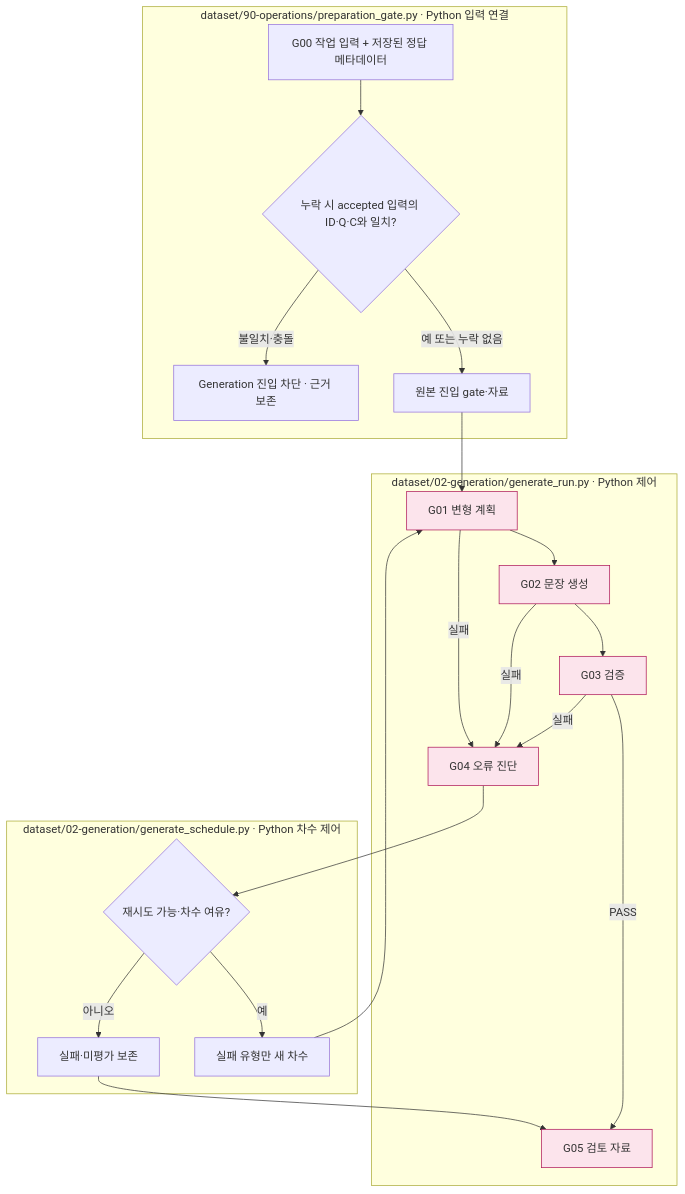
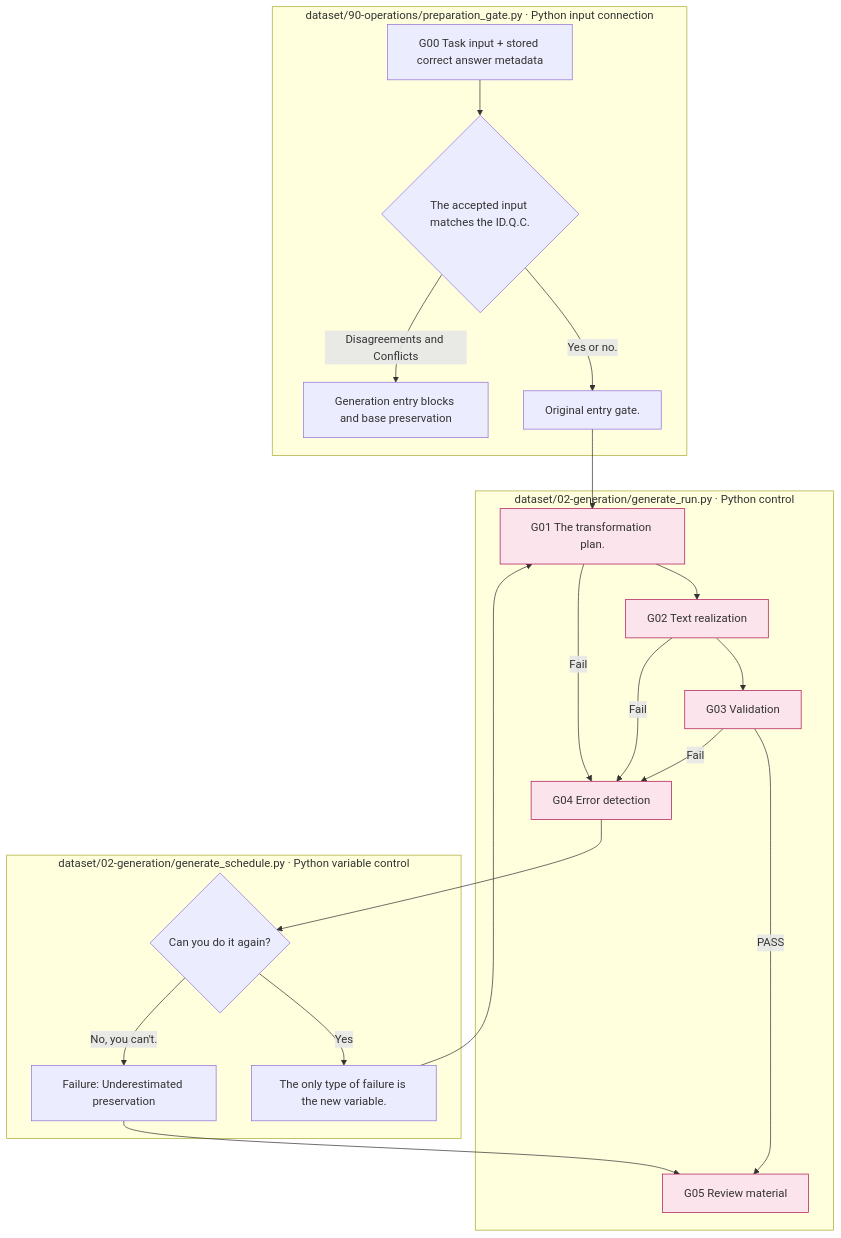
Before and after one commit to pnu-clink/finject: the first of 2 diagrams in src/finarch/documentation/templates/generation.md, drawn with Mermaid. The commit also changed other lines of this file and 644 other files, not shown here.

````diff
--- a/src/finarch/documentation/templates/generation.md
+++ b/src/finarch/documentation/templates/generation.md
@@ -25,25 +25,25 @@
 ```mermaid
 flowchart TD
- subgraph H["dataset/90-operations/preparation_gate.py · Python 입력 연결"]
-  H0["G00 작업 입력 + 저장된 정답 메타데이터"] --> H1{"누락 시 accepted 입력의 ID·Q·C와 일치?"}
-  H1 -->|예 또는 누락 없음| A
-  H1 -->|불일치·충돌| H2["Generation 진입 차단 · 근거 보존"]
+ subgraph H["dataset/90-operations/preparation_gate.py · Python input connection"]
+  H0["G00 Task input + stored correct answer metadata"] --> H1{"The accepted input matches the ID.Q.C."}
+  H1 -->|Yes or no.| A
+  H1 -->|Disagreements and Conflicts| H2["Generation entry blocks and base preservation"]
  end
- subgraph R["dataset/02-generation/generate_run.py · Python 제어"]
-  A["원본 진입 gate·자료"] --> G1["G01 변형 계획"] --> G2["G02 문장 생성"] --> G3["G03 검증"]
-  G3 -->|PASS| G5["G05 검토 자료"]
-  G1 & G2 & G3 -->|실패| G4["G04 오류 진단"]
+ subgraph R["dataset/02-generation/generate_run.py · Python control"]
+  A["Original entry gate."] --> G1["G01 The transformation plan."] --> G2["G02 Text realization"] --> G3["G03 Validation"]
+  G3 -->|PASS| G5["G05 Review material"]
+  G1 & G2 & G3 -->|Fail| G4["G04 Error detection"]
  end
- subgraph S["dataset/02-generation/generate_schedule.py · Python 차수 제어"]
-  G4 --> C{"재시도 가능·차수 여유?"}
-  C -->|예| N["실패 유형만 새 차수"] --> G1
-  C -->|아니오| U["실패·미평가 보존"] --> G5
+ subgraph S["dataset/02-generation/generate_schedule.py · Python variable control"]
+  G4 --> C{"Can you do it again?"}
+  C -->|Yes| N["The only type of failure is the new variable."] --> G1
+  C -->|No, you can't.| U["Failure: Underestimated preservation"] --> G5
  end
  classDef detail fill:#fce4ec,stroke:#ad1457;
  class G1,G2,G3,G4,G5 detail;
  click G1 "01-perturbation/README.md"
  click G2 "02-generate-text/README.md"
  click G3 "03-validation/README.md"
  click G4 "04-exception-handler/README.md"
  click G5 "05-human-review/README.md"
 ```
````
